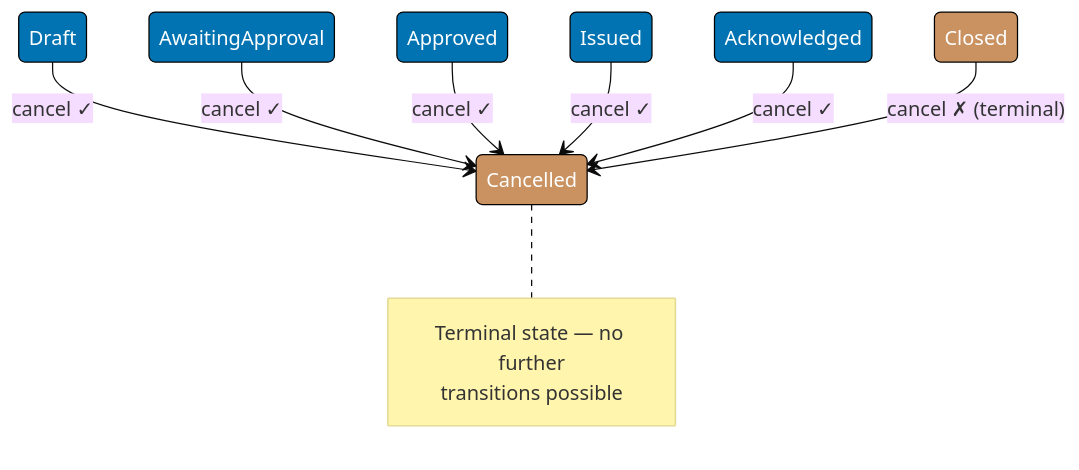
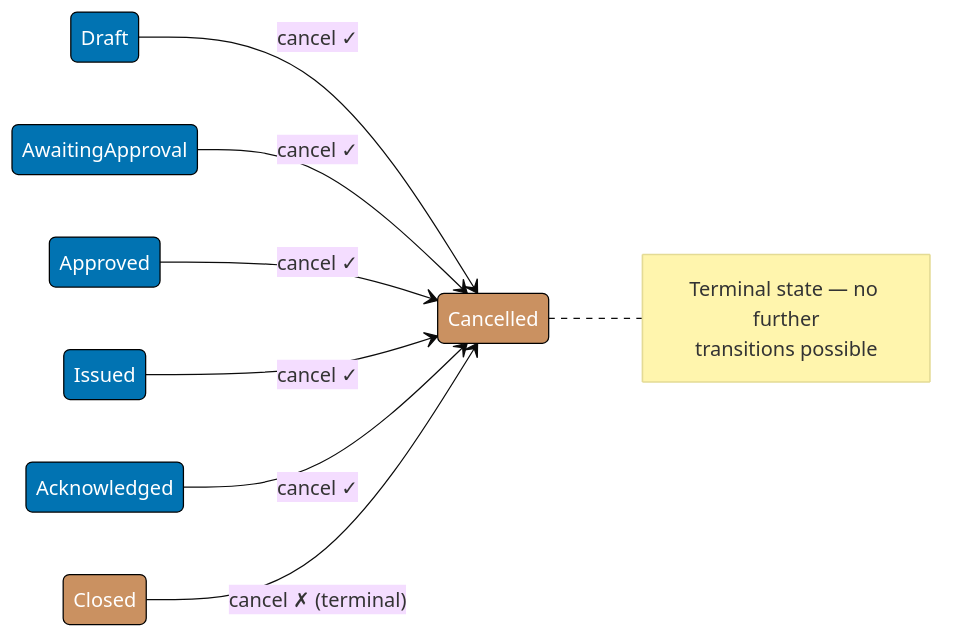
One commit to wahidyankf/baseerah changed the fifth of 10 diagrams in apps/ayokoding-www/content/en/learn/software-engineering/software-architecture/finite-state-machine-fsm/in-oop-by-example/beginner.md. Above: the diagram before and after it, drawn with Mermaid (base theme). The commit also changed 88 other files, not shown here.

First line of the commit message:
fix(ayokoding-www): resolve pre-existing Mermaid violations, exclude fixtures/plans-done

````diff
--- a/apps/ayokoding-www/content/en/learn/software-engineering/software-architecture/finite-state-machine-fsm/in-oop-by-example/beginner.md
+++ b/apps/ayokoding-www/content/en/learn/software-engineering/software-architecture/finite-state-machine-fsm/in-oop-by-example/beginner.md
@@ -1919,20 +1919,21 @@
 ```mermaid
 stateDiagram-v2
+    direction LR
     Draft --> Cancelled: cancel ✓
     AwaitingApproval --> Cancelled: cancel ✓
     Approved --> Cancelled: cancel ✓
     Issued --> Cancelled: cancel ✓
     Acknowledged --> Cancelled: cancel ✓
     Closed --> Cancelled: cancel ✗ (terminal)
     note right of Cancelled
         Terminal state — no further
         transitions possible
     end note
 
     classDef cancellable fill:#0173B2,stroke:#000,color:#fff
     classDef terminal fill:#CA9161,stroke:#000,color:#fff
     classDef locked fill:#CC78BC,stroke:#000,color:#fff
 
     class Draft,AwaitingApproval,Approved,Issued,Acknowledged cancellable
     class Cancelled,Closed terminal
 ```
````
